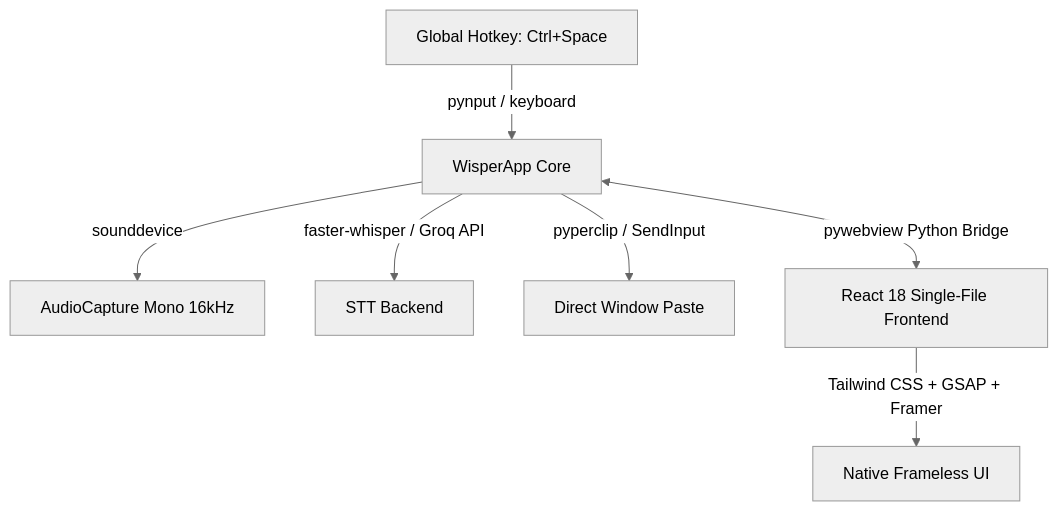
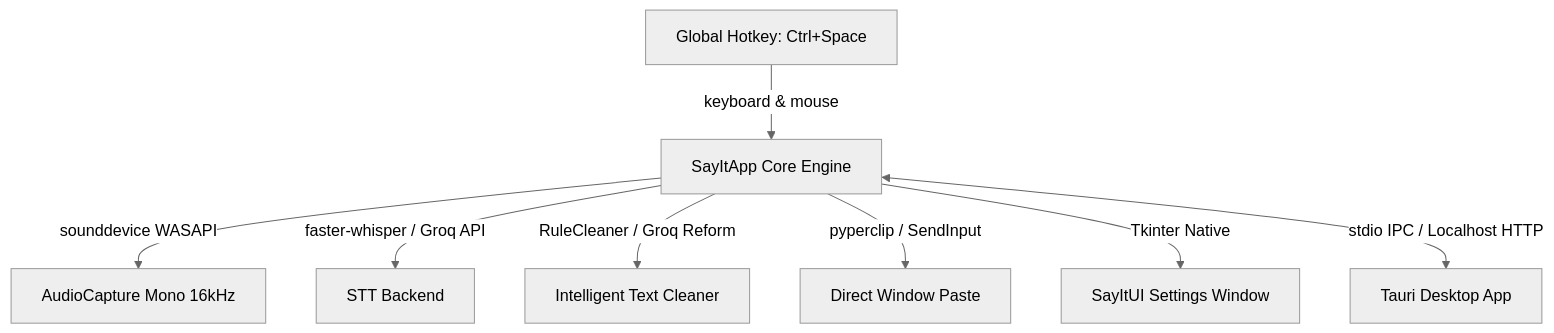
Before and after one commit to ShashankH1323/SayiT: the diagram in README.md, drawn with Mermaid (neutral theme). The commit also changed other lines of this file and 111 other files, not shown here.

Commit message:
feat: strip UI bloat to pure backend, rename Whisper to Say It, and wire Tauri support

````diff
--- a/README.md
+++ b/README.md
@@ -52,9 +49,10 @@
 ```mermaid
 graph TD
-    A[Global Hotkey: Ctrl+Space] -->|pynput / keyboard| B[WisperApp Core]
-    B -->|sounddevice| C[AudioCapture Mono 16kHz]
+    A[Global Hotkey: Ctrl+Space] -->|keyboard & mouse| B[SayItApp Core Engine]
+    B -->|sounddevice WASAPI| C[AudioCapture Mono 16kHz]
     B -->|faster-whisper / Groq API| D[STT Backend]
-    B -->|pyperclip / SendInput| E[Direct Window Paste]
-    B <-->|pywebview Python Bridge| F[React 18 Single-File Frontend]
-    F -->|Tailwind CSS + GSAP + Framer| G[Native Frameless UI]
+    B -->|RuleCleaner / Groq Reform| E[Intelligent Text Cleaner]
+    B -->|pyperclip / SendInput| F[Direct Window Paste]
+    B -->|Tkinter Native| G[SayItUI Settings Window]
+    B <-->|stdio IPC / Localhost HTTP| H[Tauri Desktop App]
 ```
````
